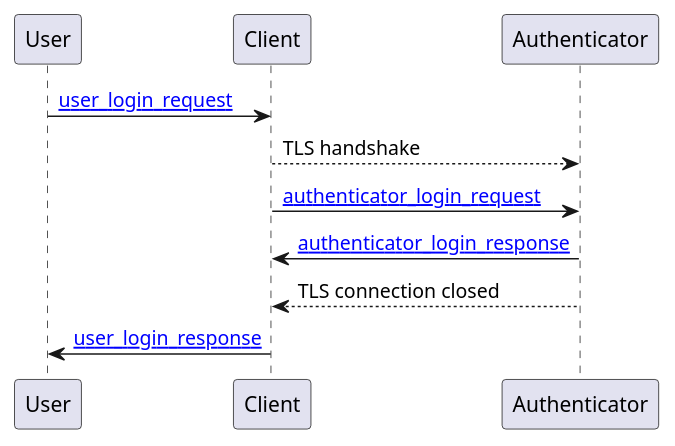
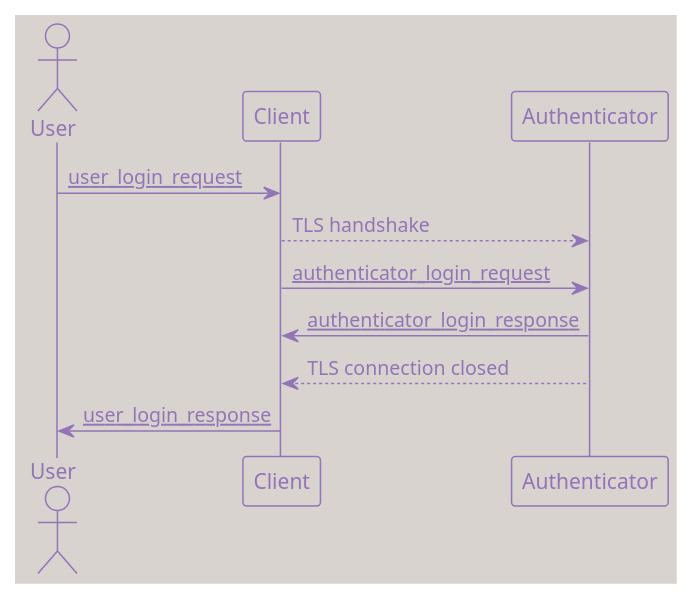
Before and after one commit to dgolbourn/eiko: the first of 2 diagrams in docs/sequence.md, drawn with PlantUML. The commit also changed other lines of this file, not shown here.

````diff
--- a/docs/sequence.md
+++ b/docs/sequence.md
@@ -5,10 +5,12 @@
 ```{plantuml}
     @startuml
+    !theme mimeograph
+    actor User
     User -> Client : [[https://github.com/dgolbourn/eiko/blob/main/res/schemas/user_login_request.json user_login_request]]
     Client --> Authenticator : TLS handshake
     Client -> Authenticator : [[https://github.com/dgolbourn/eiko/blob/main/res/schemas/authenticator_login_request.json authenticator_login_request]]
     Authenticator -> Client : [[https://github.com/dgolbourn/eiko/blob/main/res/schemas/authenticator_login_response.json authenticator_login_response]]
     Client <-- Authenticator : TLS connection closed
     Client -> User : [[https://github.com/dgolbourn/eiko/blob/main/res/schemas/user_login_response.json user_login_response]]
     @enduml
 ```
````
